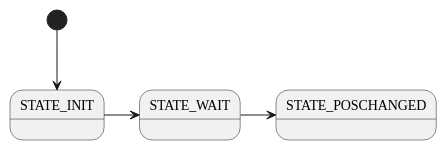
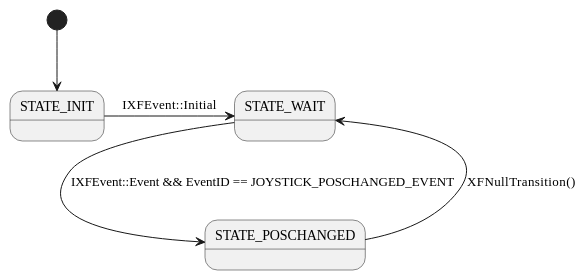
The diagram in Diagrams/SMDiagram.pu (MacherelR/DeSemProject_20212022), drawn with PlantUML before and after one commit. The commit also changed 12 other files, not shown here.

Commit message:
Diagrams finished

```diff
--- a/Diagrams/SMDiagram.pu
+++ b/Diagrams/SMDiagram.pu
@@ -1,6 +1,6 @@
 @startuml
 [*] --> STATE_INIT
-STATE_INIT -> STATE_WAIT
-STATE_WAIT -> STATE_POSCHANGED
-
+STATE_INIT -> STATE_WAIT : IXFEvent::Initial
+STATE_WAIT --> STATE_POSCHANGED : IXFEvent::Event && EventID == JOYSTICK_POSCHANGED_EVENT
+STATE_POSCHANGED --> STATE_WAIT : XFNullTransition()
 @enduml
```
